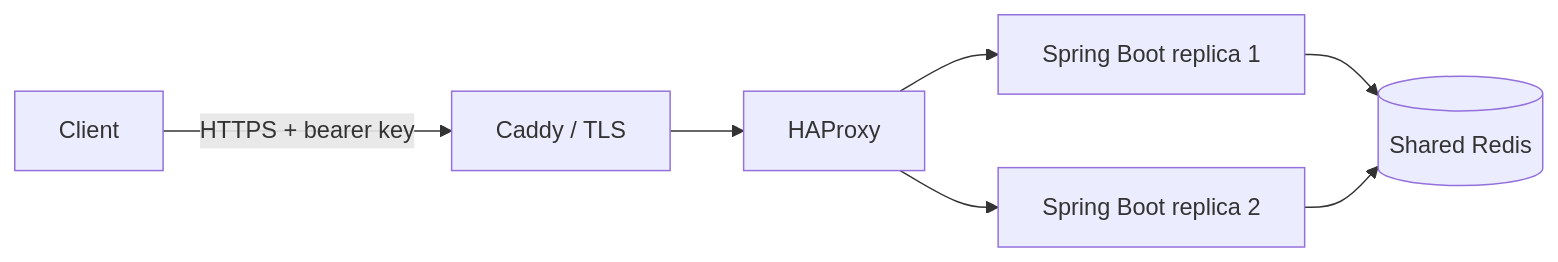
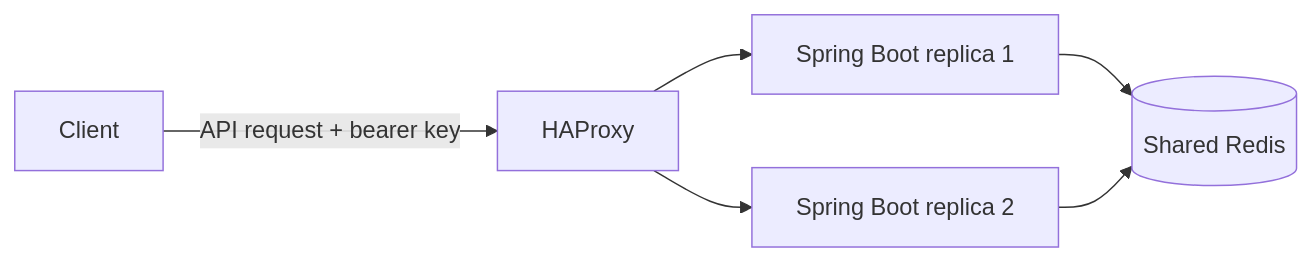
One commit to subahshaam/do-rate-limiter changed the first of 2 diagrams in README.md. Above: the diagram before and after it, drawn with Mermaid. The commit also changed other lines of this file, not shown here.

First line of the commit message:
Document rate limit API and Redis state

````diff
--- a/README.md
+++ b/README.md
@@ -13,9 +13,8 @@
 ```mermaid
 flowchart LR
-  Client -->|HTTPS + bearer key| Caddy[Caddy / TLS]
-  Caddy --> HAProxy
+  Client -->|API request + bearer key| HAProxy
   HAProxy --> App1[Spring Boot replica 1]
   HAProxy --> App2[Spring Boot replica 2]
   App1 --> Redis[(Shared Redis)]
   App2 --> Redis
 ```
````
